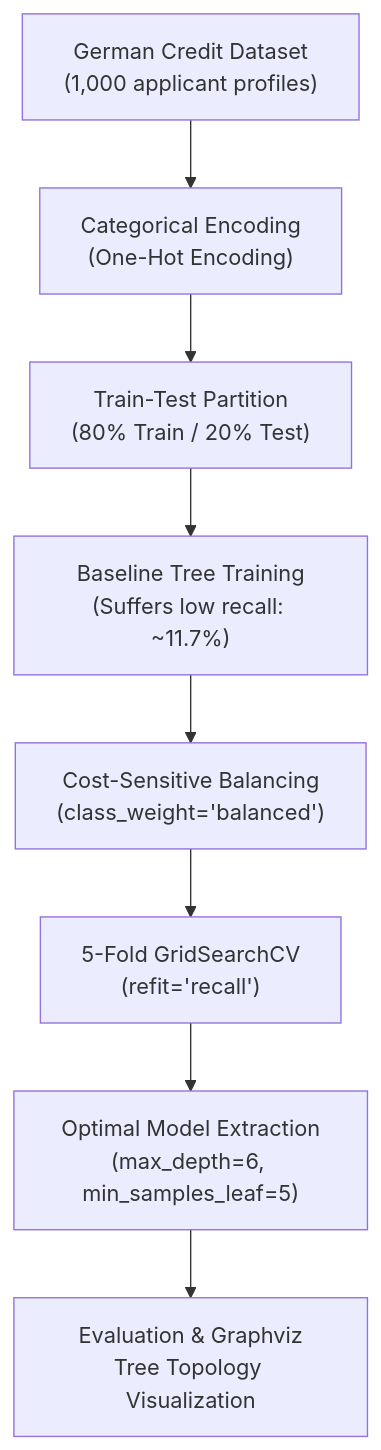
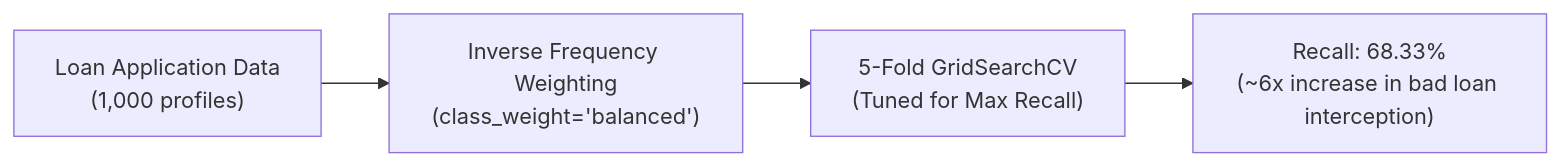
One commit to Umair-Nawaz0/decision-tree-loan-default-risk-prediction changed the diagram in README.md. Above: the diagram before and after it, drawn with Mermaid. The commit also changed other lines of this file, not shown here.

````diff
--- a/README.md
+++ b/README.md
@@ -47,10 +41,6 @@
 ```mermaid
-flowchart TD
-    A["German Credit Dataset<br/>(1,000 applicant profiles)"] --> B["Categorical Encoding<br/>(One-Hot Encoding)"]
-    B --> C["Train-Test Partition<br/>(80% Train / 20% Test)"]
-    C --> D["Baseline Tree Training<br/>(Suffers low recall: ~11.7%)"]
-    D --> E["Cost-Sensitive Balancing<br/>(class_weight='balanced')"]
-    E --> F["5-Fold GridSearchCV<br/>(refit='recall')"]
-    F --> G["Optimal Model Extraction<br/>(max_depth=6, min_samples_leaf=5)"]
-    G --> H["Evaluation & Graphviz<br/>Tree Topology Visualization"]
+flowchart LR
+    Applicant["Loan Application Data<br/>(1,000 profiles)"] --> Cost["Inverse Frequency Weighting<br/>(class_weight='balanced')"]
+    Cost --> Grid["5-Fold GridSearchCV<br/>(Tuned for Max Recall)"]
+    Grid --> Result["Recall: 68.33%<br/>(~6x increase in bad loan interception)"]
 ```
````
